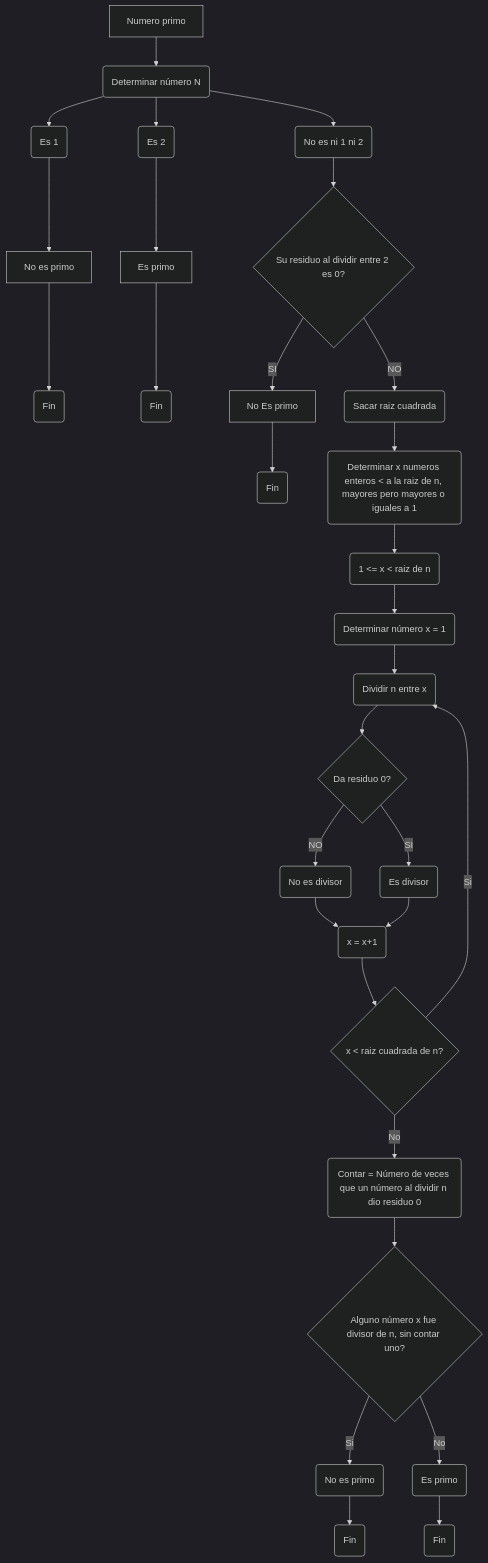
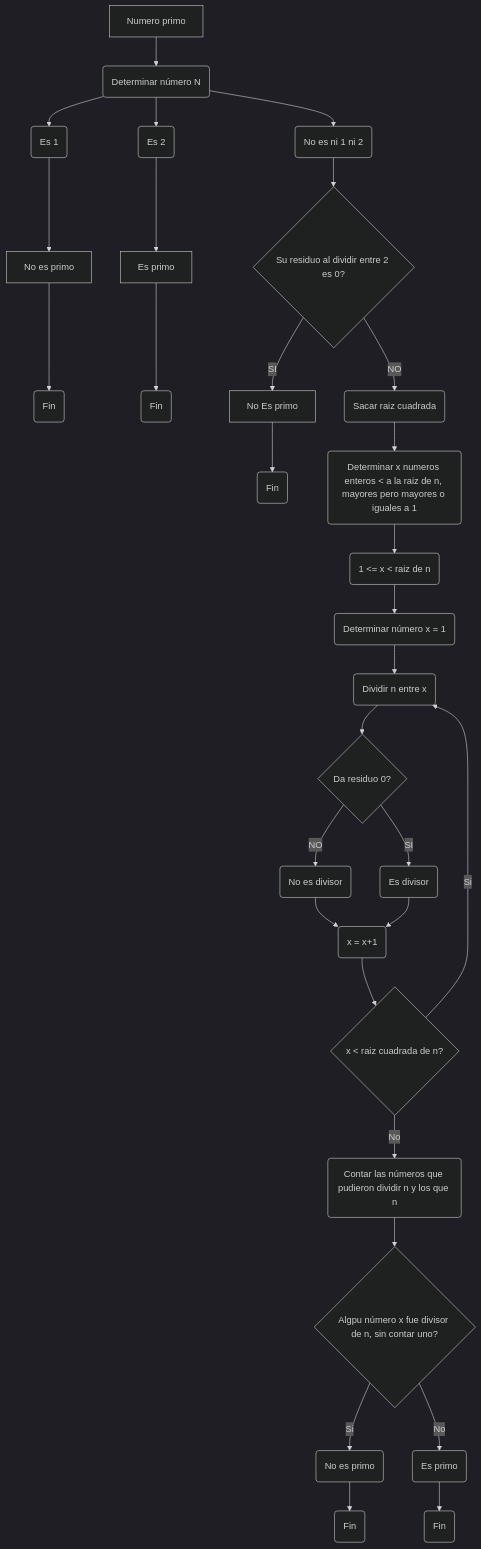
One commit to MiguelAngelAcevedoOlaya/Reto-3-Miguel-Acevedo changed the first of 3 diagrams in README.md. Above: the diagram before and after it, drawn with Mermaid (dark theme).

````diff
--- a/README.md
+++ b/README.md
@@ -9,32 +9,32 @@
 ```mermaid
 flowchart TD
     A[Numero primo] -->B(Determinar número N)
     B --> C(Es 1)
     C --> D[No es primo]
     D --> W(Fin)
     B --> E(Es 2)
     E --> F[Es primo]
     F --> X(Fin)
     B --> AC(No es ni 1 ni 2)
     AC --> G{Su residuo al dividir entre 2 es 0?}
     G -->|SI| H[No Es primo]
     H --> AB(Fin)
     G -->|NO| I(Sacar raiz cuadrada)
     I -->L(Determinar x numeros enteros < a la raiz de n, mayores pero mayores o iguales a 1)
     L --> M(1 <= x < raiz de n)
     M --> N(Determinar número x = 1)
     N --> T(Dividir n entre x)
     T --> Ñ{Da residuo 0?}
     Ñ -->|SI| O(Es divisor)
     Ñ -->|NO| P(No es divisor)
     P --> Q(x = x+1)
     O --> Q
     Q --> R{x < raiz cuadrada de n?}
     R --> |Si|T
-    R -->|No| S(Contar = Número de veces que un número al dividir n dio residuo 0)
-    S -->U{Alguno número x fue divisor de n, sin contar uno?}
+    R -->|No| S(Contar las números que pudieron dividir n y los que n)
+    S -->U{Algpu número x fue divisor de n, sin contar uno?}
     U -->|Si| V(No es primo)
     V --> Z(Fin)
     U -->|No| AD(Es primo)
     AD --> AA(Fin)
 ```
````
